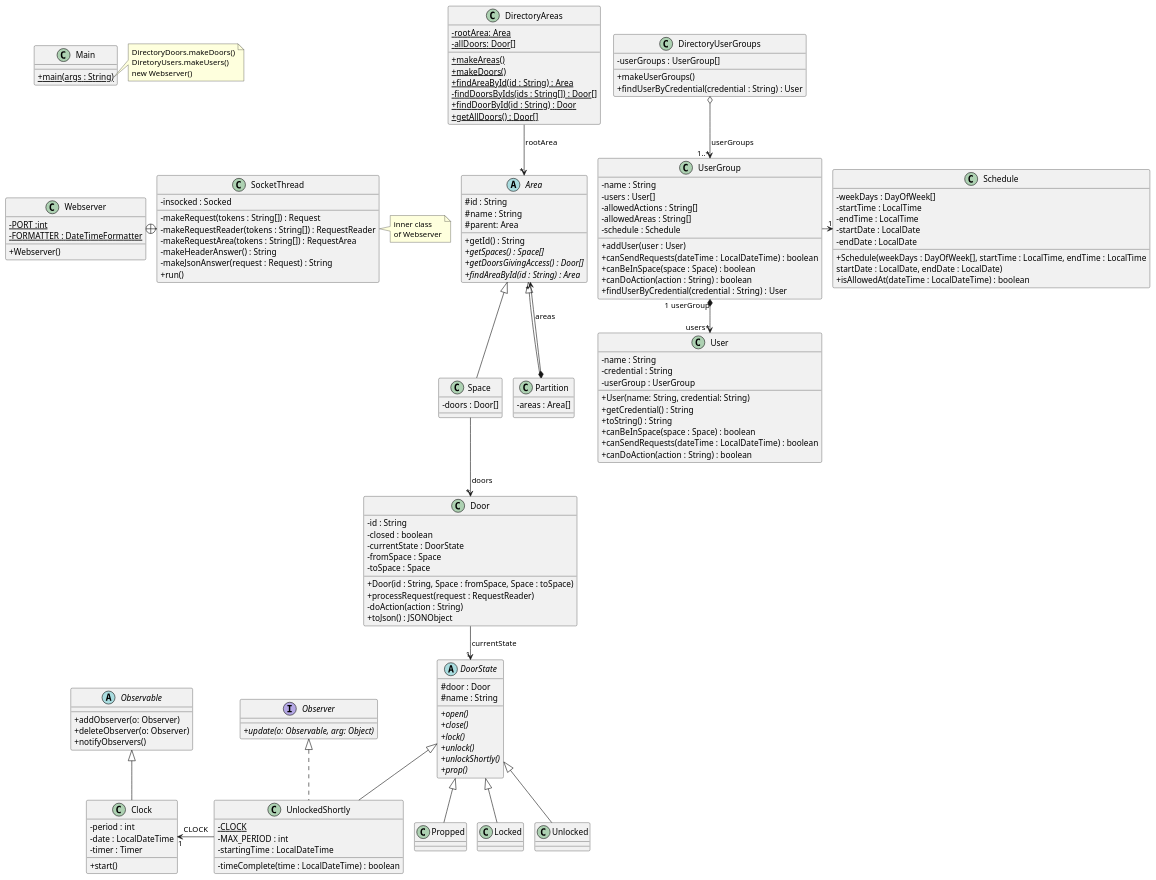
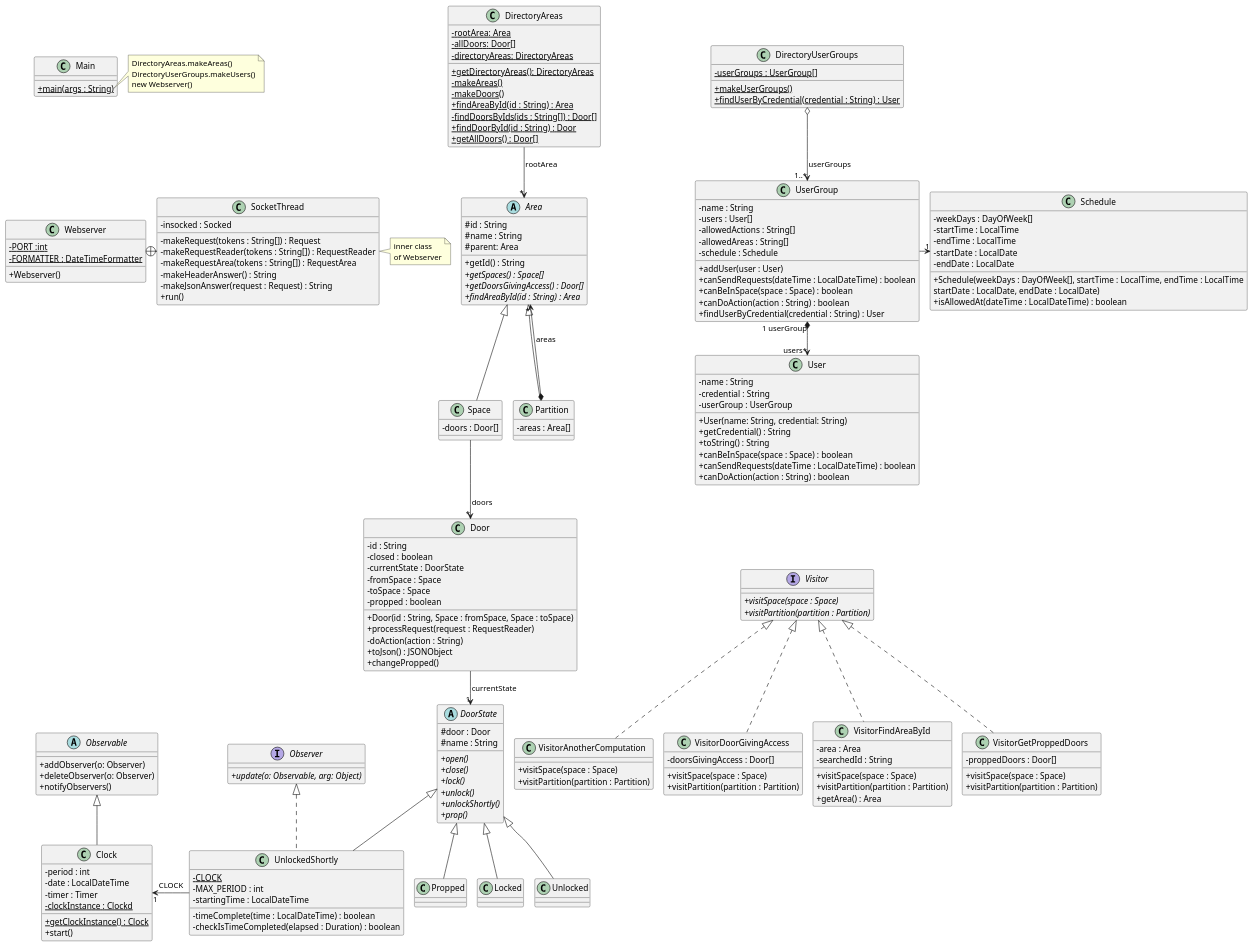
The diagram in src/baseNoStates/uml/base_no_states.puml (cantepoler/acs_uab), drawn with PlantUML before and after one commit. The commit also changed 9 other files, not shown here.

First line of the commit message:
UML and small changes

```diff
--- a/src/baseNoStates/uml/base_no_states.puml
+++ b/src/baseNoStates/uml/base_no_states.puml
@@ -28,14 +28,16 @@
 
 class DirectoryAreas
 {
-{static}-rootArea: Area
-{static}-allDoors: Door[]
-{static}+makeAreas()
-{static}+makeDoors()
-{static}+findAreaById(id : String) : Area
-{static}-findDoorsByIds(ids : String[]) : Door[]
-{static}+findDoorById(id : String) : Door
-{static}+getAllDoors() : Door[]
+{static}- rootArea: Area
+{static}- allDoors: Door[]
+{static}- directoryAreas: DirectoryAreas
+{static}+ getDirectoryAreas(): DirectoryAreas
+{static}- makeAreas()
+{static}- makeDoors()
+{static}+ findAreaById(id : String) : Area
+{static}- findDoorsByIds(ids : String[]) : Door[]
+{static}+ findDoorById(id : String) : Door
+{static}+ getAllDoors() : Door[]
 }
 
 DirectoryAreas --> "*" Area : "rootArea"
@@ -46,16 +48,18 @@
 - currentState : DoorState
 - fromSpace : Space
 - toSpace : Space
+- propped : boolean
 + Door(id : String, Space : fromSpace, Space : toSpace)
 + processRequest(request : RequestReader)
 - doAction(action : String)
 + toJson() : JSONObject
++ changePropped()
 }
 
 class DirectoryUserGroups {
-- userGroups : UserGroup[]
-+ makeUserGroups()
-+ findUserByCredential(credential : String) : User
+{static}- userGroups : UserGroup[]
+{static}+ makeUserGroups()
+{static}+ findUserByCredential(credential : String) : User
 }
 
 DirectoryUserGroups o--> "1..*" UserGroup : "userGroups"
@@ -131,6 +135,7 @@
 - MAX_PERIOD : int
 - startingTime : LocalDateTime
 - timeComplete(time : LocalDateTime) : boolean
+- checkIsTimeCompleted(elapsed : Duration) : boolean
 }
 
 class Propped extends DoorState{
@@ -164,14 +169,46 @@
 - period : int
 - date : LocalDateTime
 - timer : Timer
+{static}- clockInstance : Clockd
+{static}+ getClockInstance() : Clock
 + start()
+}
+
+interface Visitor {
+ {abstract}+ visitSpace(space : Space)
+ {abstract}+ visitPartition(partition : Partition)
+}
+
+class VisitorAnotherComputation implements Visitor {
++ visitSpace(space : Space)
++ visitPartition(partition : Partition)
+}
+
+class VisitorDoorGivingAccess implements Visitor {
+- doorsGivingAccess : Door[]
++ visitSpace(space : Space)
++ visitPartition(partition : Partition)
+}
+
+class VisitorFindAreaById implements Visitor {
+- area : Area
+- searchedId : String
++ visitSpace(space : Space)
++ visitPartition(partition : Partition)
++ getArea() : Area
+}
+
+class VisitorGetProppedDoors implements Visitor {
+- proppedDoors : Door[]
++ visitSpace(space : Space)
++ visitPartition(partition : Partition)
 }
 
 UnlockedShortly -left->"1" Clock : CLOCK
 
 note right of Main::main
-DirectoryDoors.makeDoors()
-DiretoryUsers.makeUsers()
+DirectoryAreas.makeAreas()
+DirectoryUserGroups.makeUsers()
 new Webserver()
 end note
 
@@ -179,4 +216,6 @@
 Door -->"1" DoorState : currentState
 Partition *-->"*" Area : areas
 Space -->"*" Door : doors
+
+User -[hidden]down- Visitor
 @enduml
```
